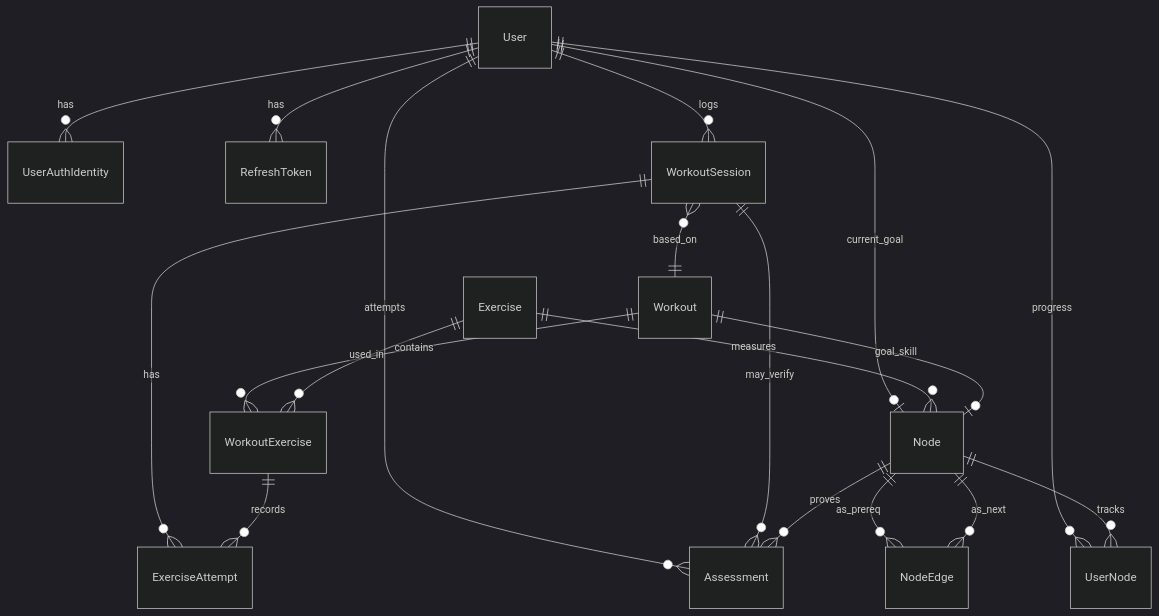
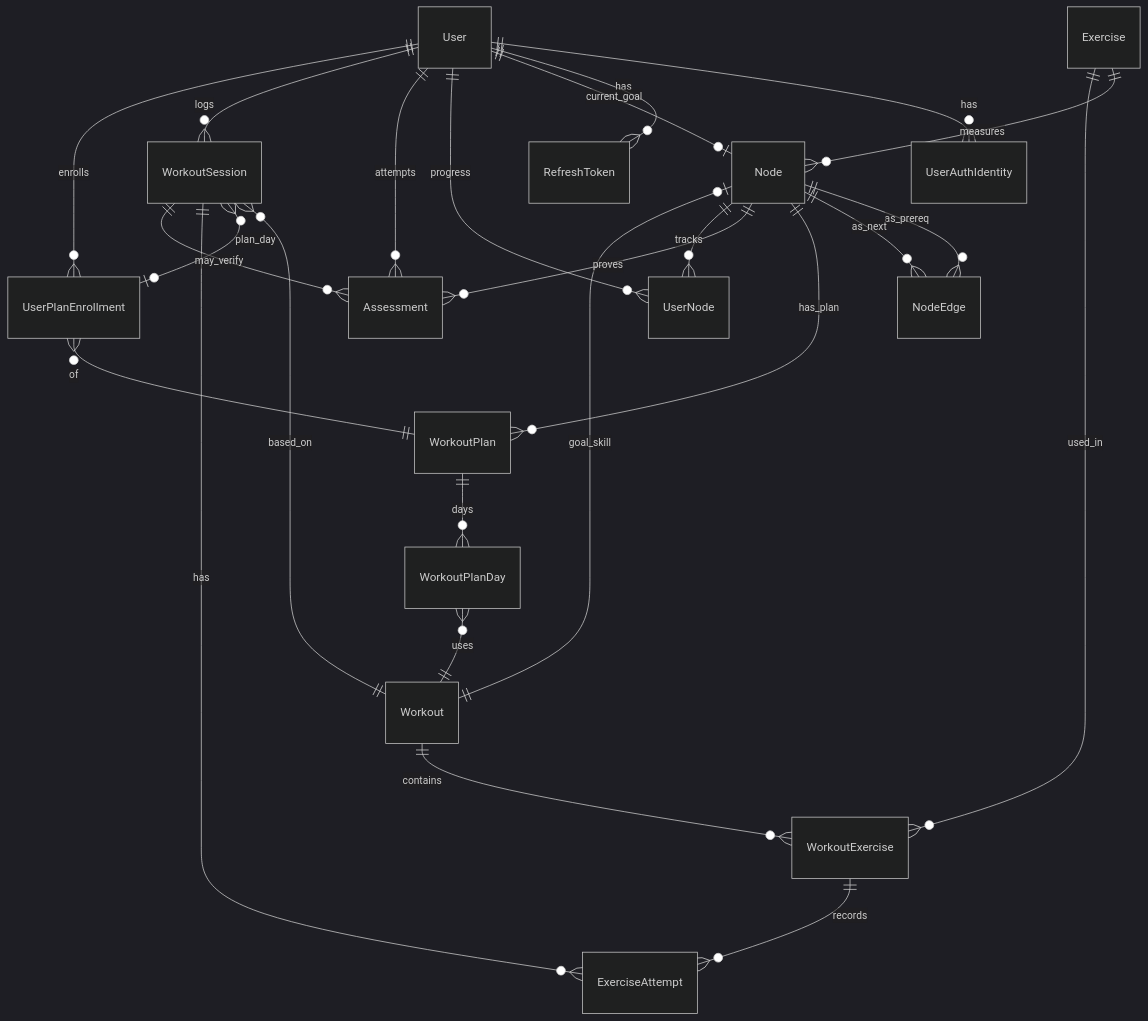
One commit to devendra0009/calistrack changed the diagram in docs/04-data/data-model.md. Above: the diagram before and after it, drawn with Mermaid (dark theme). The commit also changed other lines of this file and 56 other files, not shown here.

````diff
--- a/docs/04-data/data-model.md
+++ b/docs/04-data/data-model.md
@@ -66,21 +76,27 @@
 ```mermaid
 erDiagram
   User ||--o{ UserAuthIdentity : has
   User ||--o{ RefreshToken : has
   User ||--o| Node : current_goal
   User ||--o{ UserNode : progress
   User ||--o{ Assessment : attempts
   User ||--o{ WorkoutSession : logs
   Node ||--o{ NodeEdge : as_prereq
   Node ||--o{ NodeEdge : as_next
   Exercise ||--o{ Node : measures
   Workout ||--o| Node : goal_skill
   Workout ||--o{ WorkoutExercise : contains
   Exercise ||--o{ WorkoutExercise : used_in
+  Node ||--o{ WorkoutPlan : has_plan
+  WorkoutPlan ||--o{ WorkoutPlanDay : days
+  WorkoutPlanDay }o--|| Workout : uses
+  User ||--o{ UserPlanEnrollment : enrolls
+  UserPlanEnrollment }o--|| WorkoutPlan : of
   WorkoutSession }o--|| Workout : based_on
+  WorkoutSession }o--o| UserPlanEnrollment : plan_day
   WorkoutSession ||--o{ ExerciseAttempt : has
   WorkoutExercise ||--o{ ExerciseAttempt : records
   WorkoutSession ||--o{ Assessment : may_verify
   Node ||--o{ Assessment : proves
   Node ||--o{ UserNode : tracks
 ```
````
